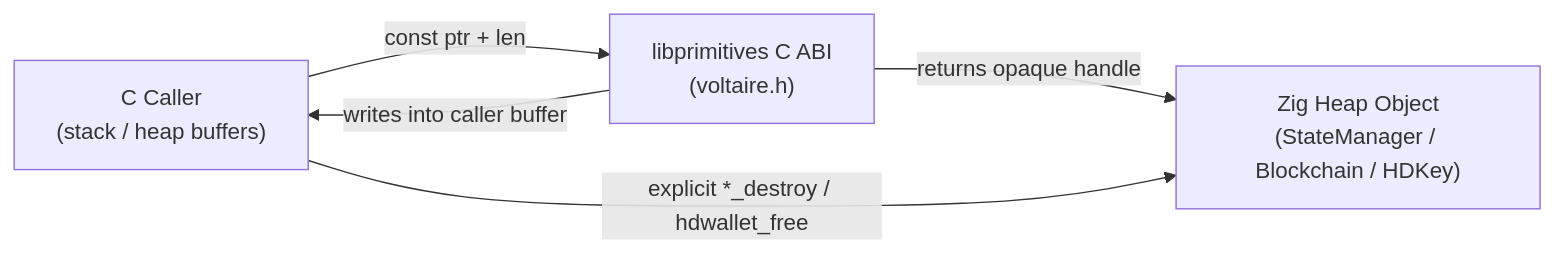
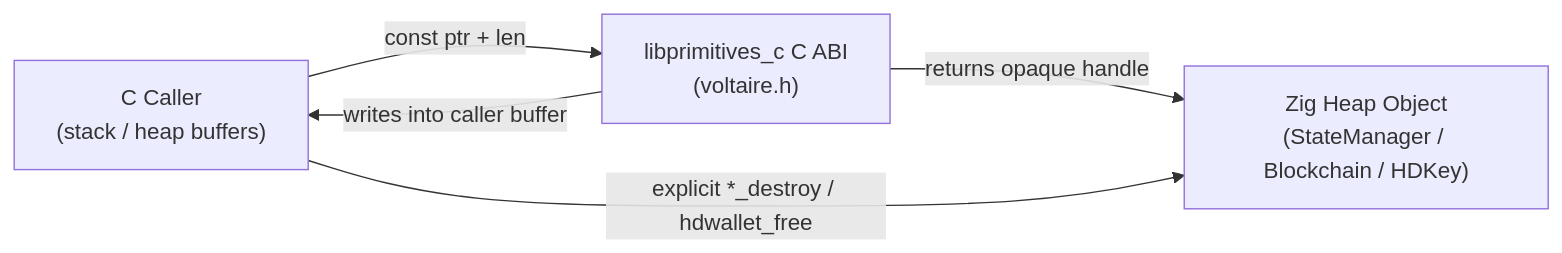
The diagram in packages/voltaire-c/README.md (evmts/voltaire), drawn with Mermaid before and after one commit. The commit also changed other lines of this file and 129 other files, not shown here.

````diff
--- a/packages/voltaire-c/README.md
+++ b/packages/voltaire-c/README.md
@@ -9,7 +9,7 @@
 ```mermaid
 flowchart LR
-    C["C Caller\n(stack / heap buffers)"] -->|"const ptr + len"| FFI["libprimitives C ABI\n(voltaire.h)"]
+    C["C Caller\n(stack / heap buffers)"] -->|"const ptr + len"| FFI["libprimitives_c C ABI\n(voltaire.h)"]
     FFI -->|"writes into caller buffer"| C
     FFI -->|"returns opaque handle"| Handle["Zig Heap Object\n(StateManager / Blockchain / HDKey)"]
     C -->|"explicit *_destroy / hdwallet_free"| Handle
 ```
````
